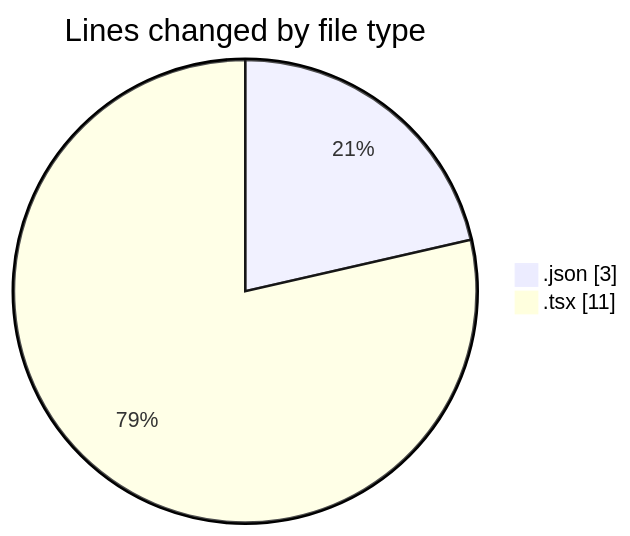
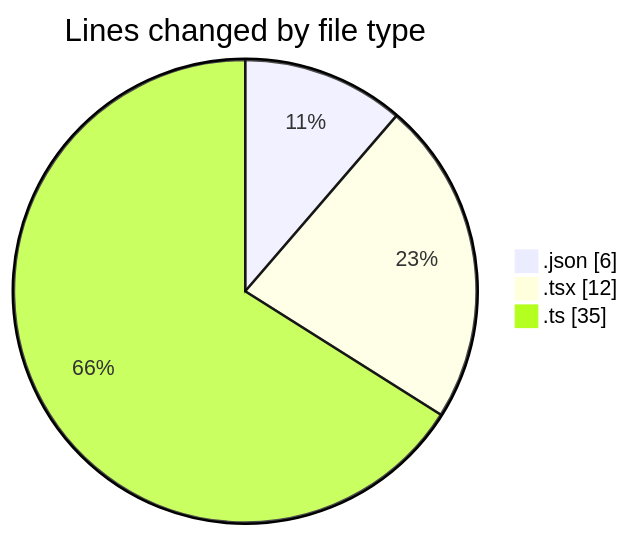
Before and after one commit to Elitesun/code-tracking: the first of 2 diagrams in 2025-05-01/niten/README.md, drawn with Mermaid. The commit also changed other lines of this file and 1 other file, not shown here.

````diff
--- a/2025-05-01/niten/README.md
+++ b/2025-05-01/niten/README.md
@@ -21,6 +22,7 @@
 ```mermaid
 pie showData
 title Lines changed by file type
-".json" : 3
-".tsx" : 11
+".json" : 6
+".tsx" : 12
+".ts" : 35
 ```
````
